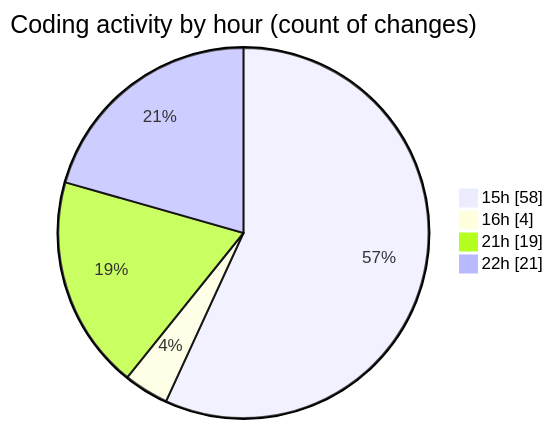
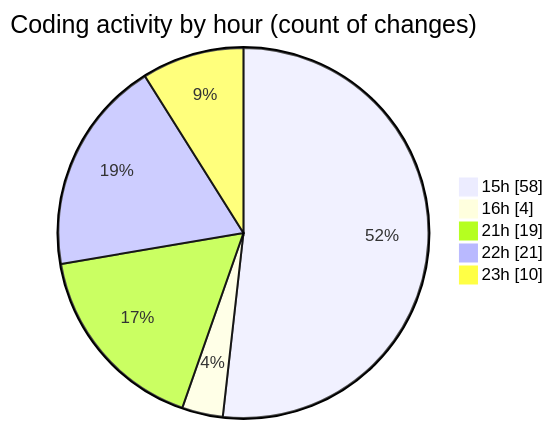
Before and after one commit to momahboobian/code-tracking: the second of 2 diagrams in 2026-01-22/cda-web-components/README.md, drawn with Mermaid. The commit also changed other lines of this file and 1 other file, not shown here.

````diff
--- a/2026-01-22/cda-web-components/README.md
+++ b/2026-01-22/cda-web-components/README.md
@@ -72,8 +72,9 @@
 ```mermaid
 pie showData
 title Coding activity by hour (count of changes)
 "15h" : 58
 "16h" : 4
 "21h" : 19
 "22h" : 21
+"23h" : 10
 ```
````
